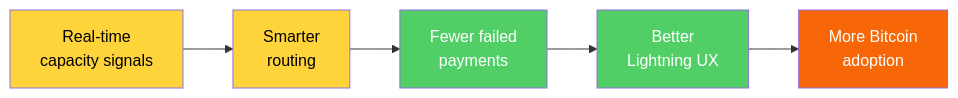
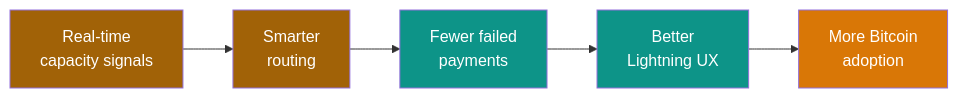
One commit to backproto/backproto changed diagram 16 of 16 in website/explainer.md. Above: the diagram before and after it, drawn with Mermaid. The commit also changed other lines of this file and 7 other files, not shown here.

First line of the commit message:
refactor(explainer): modernize diagrams and polish text

````diff
--- a/website/explainer.md
+++ b/website/explainer.md
@@ -563,13 +562,13 @@
 ```mermaid
 graph LR
     A["Real-time<br/>capacity signals"] --> B["Smarter<br/>routing"]
     B --> C["Fewer failed<br/>payments"]
     C --> D["Better<br/>Lightning UX"]
     D --> E["More Bitcoin<br/>adoption"]
 
-    style A fill:#ffd43b,color:#000
-    style B fill:#ffd43b,color:#000
-    style C fill:#51cf66,color:#fff
-    style D fill:#51cf66,color:#fff
-    style E fill:#f76707,color:#fff
+    style A fill:#a16207,color:#fff
+    style B fill:#a16207,color:#fff
+    style C fill:#0d9488,color:#fff
+    style D fill:#0d9488,color:#fff
+    style E fill:#d97706,color:#fff
 ```
````
